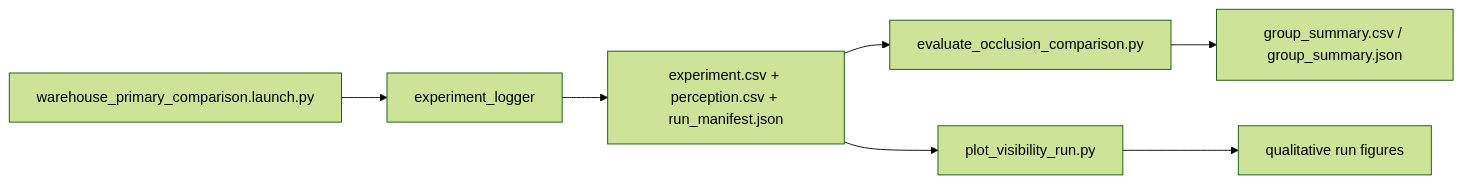
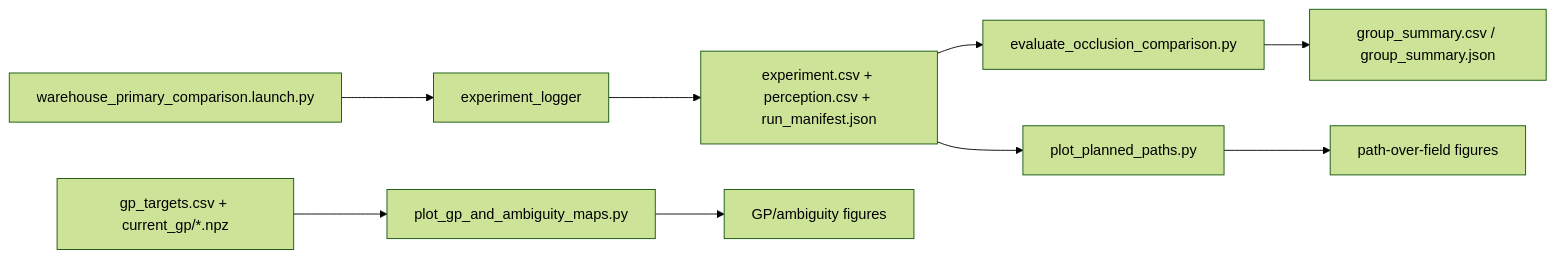
Before and after one commit to JoostLeliveld/UnembodiedNavigation: the diagram in docs/evaluation_and_plots.md, drawn with Mermaid (forest theme). The commit also changed other lines of this file and 31 other files, not shown here.

````diff
--- a/docs/evaluation_and_plots.md
+++ b/docs/evaluation_and_plots.md
@@ -11,9 +11,11 @@
 ```mermaid
 flowchart LR
     A[warehouse_primary_comparison.launch.py] --> B[experiment_logger]
     B --> C[experiment.csv + perception.csv + run_manifest.json]
     C --> D[evaluate_occlusion_comparison.py]
-    C --> E[plot_visibility_run.py]
+    C --> E[plot_planned_paths.py]
     D --> F[group_summary.csv / group_summary.json]
-    E --> G[qualitative run figures]
+    E --> G[path-over-field figures]
+    H[gp_targets.csv + current_gp/*.npz] --> I[plot_gp_and_ambiguity_maps.py]
+    I --> J[GP/ambiguity figures]
 ```
````
